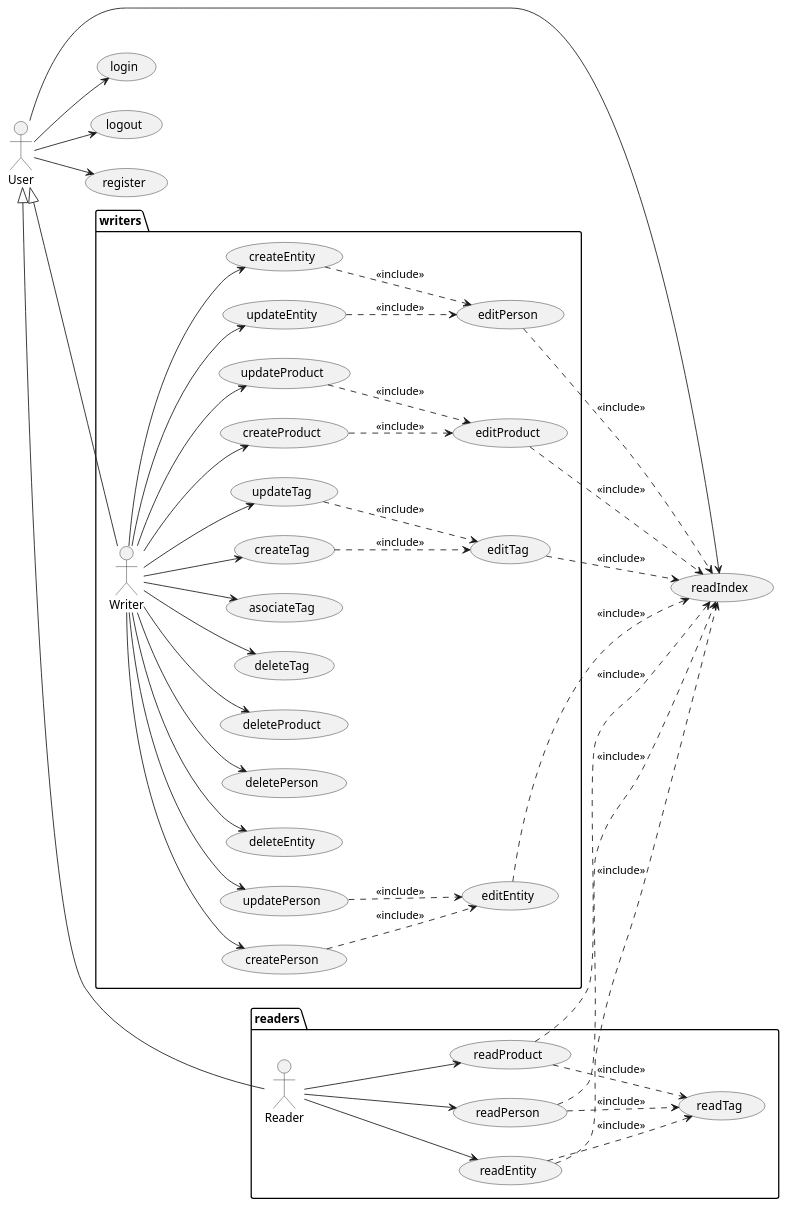
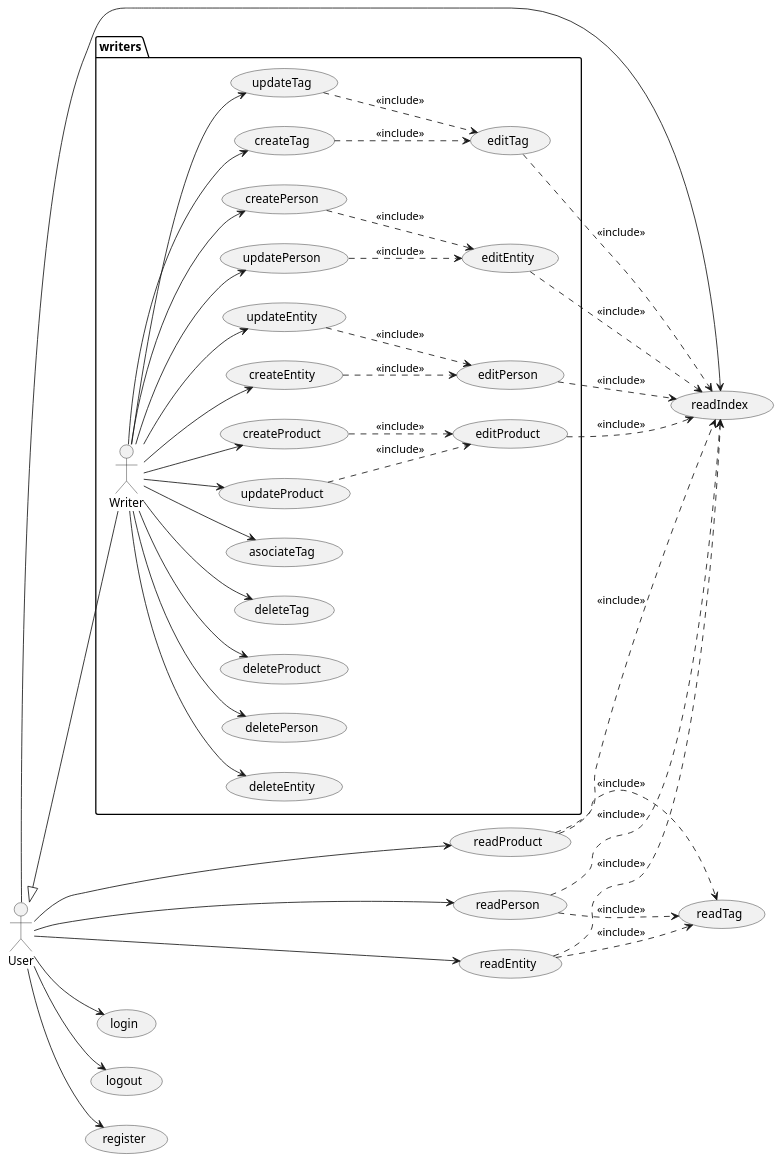
The second of 7 diagrams in index.adoc (nataliacasanova/analesdelaciencia), drawn with PlantUML before and after one commit. The commit also changed other lines of this file and 33 other files, not shown here.

```diff
--- a/index.adoc
+++ b/index.adoc
@@ -65,14 +73,11 @@
 usecase login
 usecase logout
 usecase register
-
-package readers {
-actor Reader
 usecase readEntity
 usecase readPerson
 usecase readProduct
 usecase readTag
-}
+
 
 package writers {
 actor Writer
@@ -99,12 +104,9 @@
 User --> login
 User --> logout
 User --> register
-
-
-User <|-down- Reader
-Reader --> readPerson
-Reader --> readEntity
-Reader --> readProduct
+User --> readPerson
+User --> readEntity
+User --> readProduct
 
 readPerson ..> readIndex : <<include>>
 readEntity ..> readIndex : <<include>>
```
